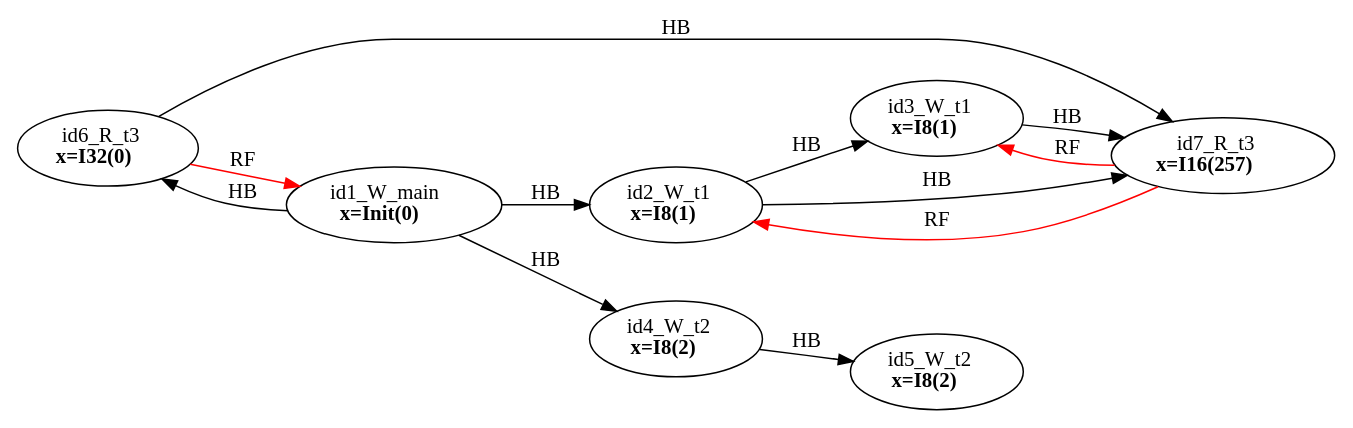
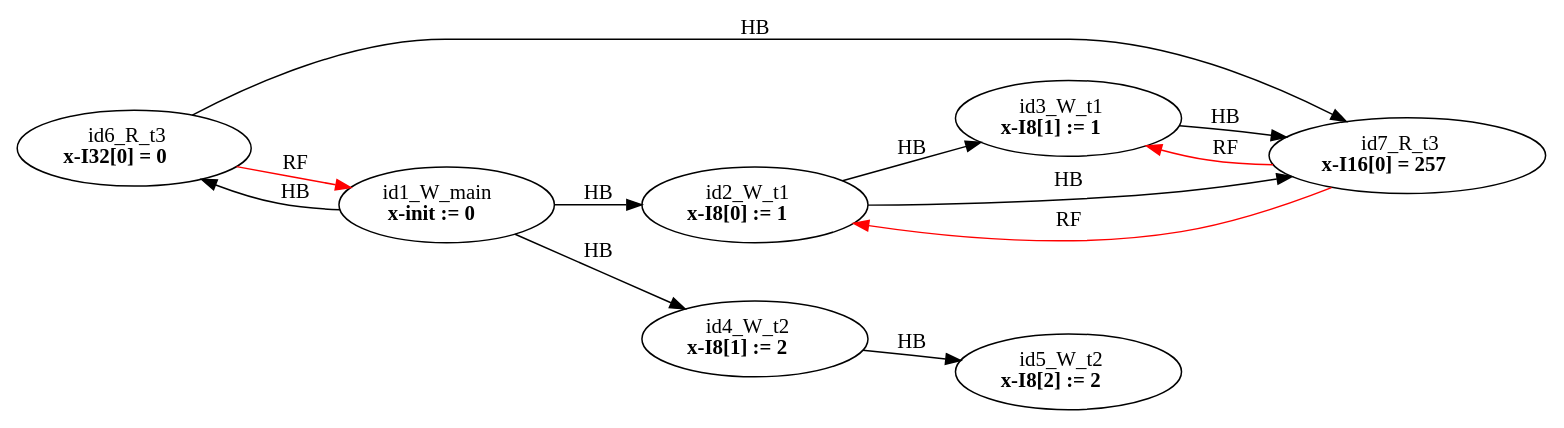
Before and after one commit to FMJS/EMME: the diagram in examples/single_var/sv_simple14/mm4.dot, drawn with Graphviz. The commit also changed 354 other files, not shown here.

```diff
--- a/examples/single_var/sv_simple14/mm4.dot
+++ b/examples/single_var/sv_simple14/mm4.dot
@@ -1,22 +1,22 @@
 digraph memory_model {
 rankdir=LR;
 splines=true; esep=0.5;
 id2_W_t1 -> id3_W_t1 [label = "HB", color="black"];
 id4_W_t2 -> id5_W_t2 [label = "HB", color="black"];
 id6_R_t3 -> id7_R_t3 [label = "HB", color="black"];
 id1_W_main -> id2_W_t1 [label = "HB", color="black"];
 id1_W_main -> id4_W_t2 [label = "HB", color="black"];
 id1_W_main -> id6_R_t3 [label = "HB", color="black"];
 id2_W_t1 -> id7_R_t3 [label = "HB", color="black"];
 id3_W_t1 -> id7_R_t3 [label = "HB", color="black"];
 id6_R_t3 -> id1_W_main [label = "RF", color="red"];
 id7_R_t3 -> id2_W_t1 [label = "RF", color="red"];
 id7_R_t3 -> id3_W_t1 [label = "RF", color="red"];
-id1_W_main [label=<id1_W_main<br/><B>x=Init(0)</B>>, pos="5.0,4!"]
-id2_W_t1 [label=<id2_W_t1<br/><B>x=I8(1)</B>>, pos="0,2!"]
-id3_W_t1 [label=<id3_W_t1<br/><B>x=I8(1)</B>>, pos="0,0!"]
-id4_W_t2 [label=<id4_W_t2<br/><B>x=I8(2)</B>>, pos="5,2!"]
-id5_W_t2 [label=<id5_W_t2<br/><B>x=I8(2)</B>>, pos="5,0!"]
-id6_R_t3 [label=<id6_R_t3<br/><B>x=I32(0)</B>>, pos="10,2!"]
-id7_R_t3 [label=<id7_R_t3<br/><B>x=I16(257)</B>>, pos="10,0!"]
+id1_W_main [label=<id1_W_main<br/><B>x-init := 0</B>>, pos="5.0,4!"]
+id2_W_t1 [label=<id2_W_t1<br/><B>x-I8[0] := 1</B>>, pos="0,2!"]
+id3_W_t1 [label=<id3_W_t1<br/><B>x-I8[1] := 1</B>>, pos="0,0!"]
+id4_W_t2 [label=<id4_W_t2<br/><B>x-I8[1] := 2</B>>, pos="5,2!"]
+id5_W_t2 [label=<id5_W_t2<br/><B>x-I8[2] := 2</B>>, pos="5,0!"]
+id6_R_t3 [label=<id6_R_t3<br/><B>x-I32[0] = 0</B>>, pos="10,2!"]
+id7_R_t3 [label=<id7_R_t3<br/><B>x-I16[0] = 257</B>>, pos="10,0!"]
 }
```
